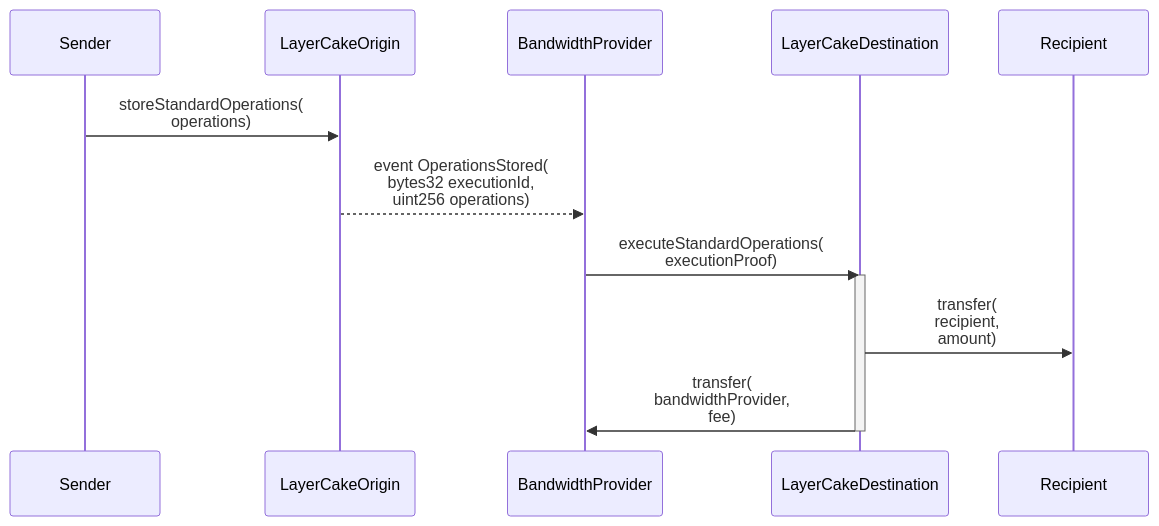
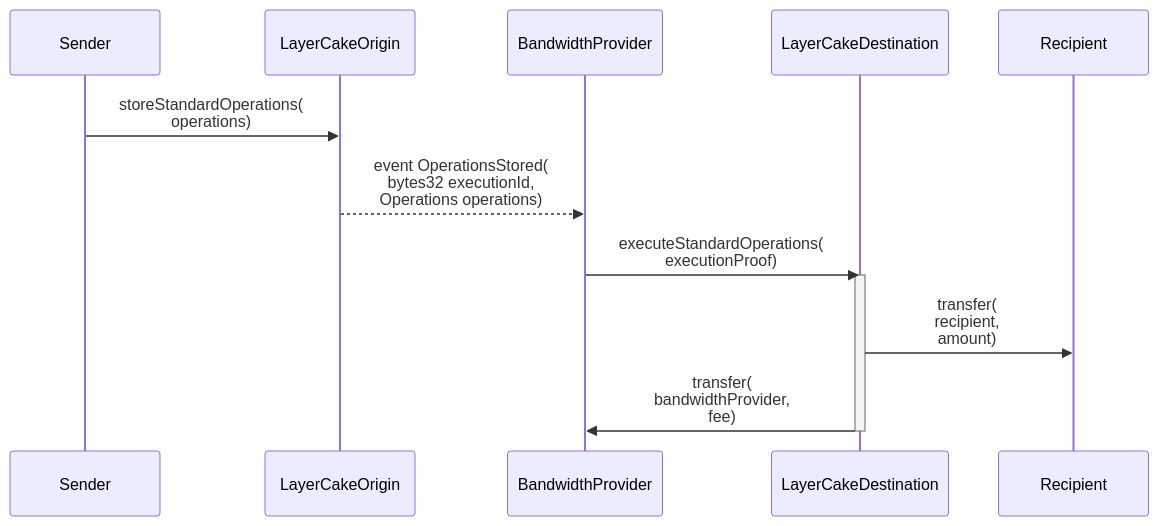
The first of 3 diagrams in docs/yellow-paper.md (flare-labs-ltd/layercake), drawn with Mermaid before and after one commit. The commit also changed other lines of this file and 3 other files, not shown here.

````diff
--- a/docs/yellow-paper.md
+++ b/docs/yellow-paper.md
@@ -104,15 +104,15 @@
 ```mermaid
 sequenceDiagram
     participant Sender
     participant LayerCakeOrigin
     participant BandwidthProvider
     participant LayerCakeDestination
     participant Recipient
     Sender->>LayerCakeOrigin: storeStandardOperations(<br />operations);
-    LayerCakeOrigin-->>BandwidthProvider: event OperationsStored(<br />bytes32 executionId,<br />uint256 operations);
+    LayerCakeOrigin-->>BandwidthProvider: event OperationsStored(<br />bytes32 executionId,<br />Operations operations);
     BandwidthProvider->>LayerCakeDestination: executeStandardOperations(<br />executionProof)
     activate LayerCakeDestination
     LayerCakeDestination->>Recipient: transfer(<br />recipient,<br />amount)
     LayerCakeDestination->>BandwidthProvider: transfer(<br />bandwidthProvider,<br />fee)
     deactivate LayerCakeDestination
 ```
````
